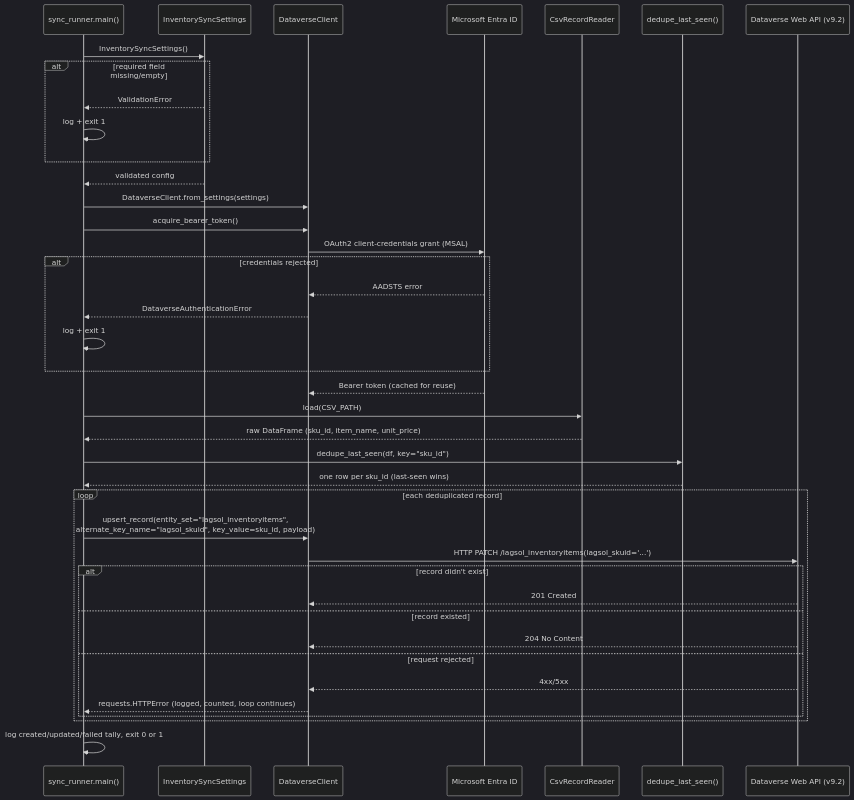
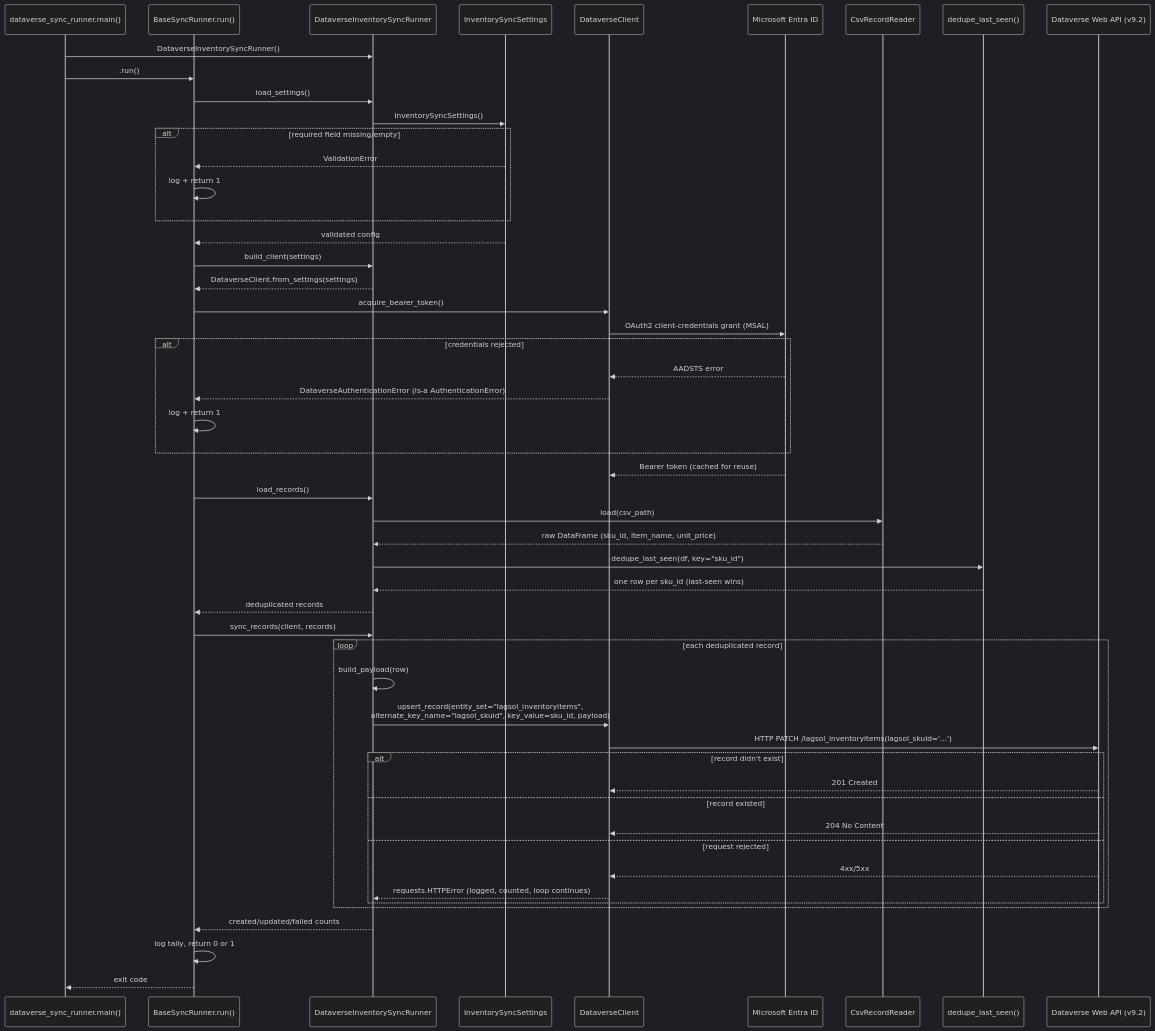
One commit to Linear-Analytics-Group/LAG-portfolio changed the second of 2 diagrams in README.md. Above: the diagram before and after it, drawn with Mermaid (dark theme). The commit also changed other lines of this file and 11 other files, not shown here.

First line of the commit message:
refactor(inventory-sync): layer sync runner into base/destination classes

````diff
--- a/README.md
+++ b/README.md
@@ -170,47 +210,60 @@
 ```mermaid
 sequenceDiagram
-    participant Runner as sync_runner.main()
+    participant Main as dataverse_sync_runner.main()
+    participant Runner as BaseSyncRunner.run()
+    participant Leaf as DataverseInventorySyncRunner
     participant Settings as InventorySyncSettings
     participant Client as DataverseClient
     participant Entra as Microsoft Entra ID
     participant Reader as CsvRecordReader
     participant Dedupe as dedupe_last_seen()
     participant Dataverse as Dataverse Web API (v9.2)
 
-    Runner->>Settings: InventorySyncSettings()
+    Main->>Leaf: DataverseInventorySyncRunner()
+    Main->>Runner: .run()
+
+    Runner->>Leaf: load_settings()
+    Leaf->>Settings: InventorySyncSettings()
     alt required field missing/empty
         Settings-->>Runner: ValidationError
-        Runner->>Runner: log + exit 1
+        Runner->>Runner: log + return 1
     end
     Settings-->>Runner: validated config
 
-    Runner->>Client: DataverseClient.from_settings(settings)
+    Runner->>Leaf: build_client(settings)
+    Leaf-->>Runner: DataverseClient.from_settings(settings)
     Runner->>Client: acquire_bearer_token()
     Client->>Entra: OAuth2 client-credentials grant (MSAL)
     alt credentials rejected
         Entra-->>Client: AADSTS error
-        Client-->>Runner: DataverseAuthenticationError
-        Runner->>Runner: log + exit 1
+        Client-->>Runner: DataverseAuthenticationError (is-a AuthenticationError)
+        Runner->>Runner: log + return 1
     end
     Entra-->>Client: Bearer token (cached for reuse)
 
-    Runner->>Reader: load(CSV_PATH)
-    Reader-->>Runner: raw DataFrame (sku_id, item_name, unit_price)
-    Runner->>Dedupe: dedupe_last_seen(df, key="sku_id")
-    Dedupe-->>Runner: one row per sku_id (last-seen wins)
+    Runner->>Leaf: load_records()
+    Leaf->>Reader: load(csv_path)
+    Reader-->>Leaf: raw DataFrame (sku_id, item_name, unit_price)
+    Leaf->>Dedupe: dedupe_last_seen(df, key="sku_id")
+    Dedupe-->>Leaf: one row per sku_id (last-seen wins)
+    Leaf-->>Runner: deduplicated records
 
+    Runner->>Leaf: sync_records(client, records)
     loop each deduplicated record
-        Runner->>Client: upsert_record(entity_set="lagsol_inventoryitems",<br/>alternate_key_name="lagsol_skuid", key_value=sku_id, payload)
+        Leaf->>Leaf: build_payload(row)
+        Leaf->>Client: upsert_record(entity_set="lagsol_inventoryitems",<br/>alternate_key_name="lagsol_skuid", key_value=sku_id, payload)
         Client->>Dataverse: HTTP PATCH /lagsol_inventoryitems(lagsol_skuid='...')
         alt record didn't exist
             Dataverse-->>Client: 201 Created
         else record existed
             Dataverse-->>Client: 204 No Content
         else request rejected
             Dataverse-->>Client: 4xx/5xx
-            Client-->>Runner: requests.HTTPError (logged, counted, loop continues)
+            Client-->>Leaf: requests.HTTPError (logged, counted, loop continues)
         end
     end
+    Leaf-->>Runner: created/updated/failed counts
 
-    Runner->>Runner: log created/updated/failed tally, exit 0 or 1
+    Runner->>Runner: log tally, return 0 or 1
+    Runner-->>Main: exit code
 ```
````
